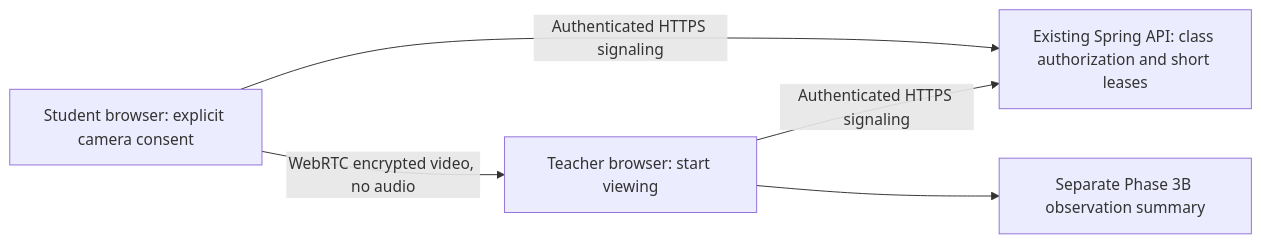
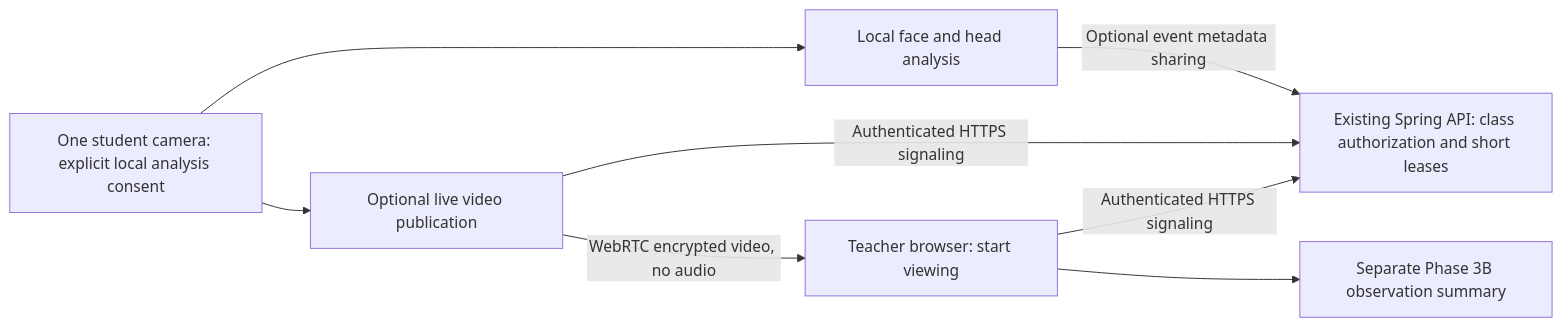
The diagram in docs/phase3c-live-video.md (dkwo575/Softeng789-ai-classroom-monitoring), drawn with Mermaid before and after one commit. The commit also changed other lines of this file and 16 other files, not shown here.

Commit message:
feat: unify classroom camera with independent event and video sharing

````diff
--- a/docs/phase3c-live-video.md
+++ b/docs/phase3c-live-video.md
@@ -7,7 +7,9 @@
 ```mermaid
 flowchart LR
-  S[Student browser: explicit camera consent] -->|Authenticated HTTPS signaling| B[Existing Spring API: class authorization and short leases]
+  C[One student camera: explicit local analysis consent] --> L[Local face and head analysis]
+  L -->|Optional event metadata sharing| B
+  C --> S[Optional live video publication] -->|Authenticated HTTPS signaling| B[Existing Spring API: class authorization and short leases]
   T[Teacher browser: start viewing] -->|Authenticated HTTPS signaling| B
   S -->|WebRTC encrypted video, no audio| T
   T --> O[Separate Phase 3B observation summary]
 ```
````
